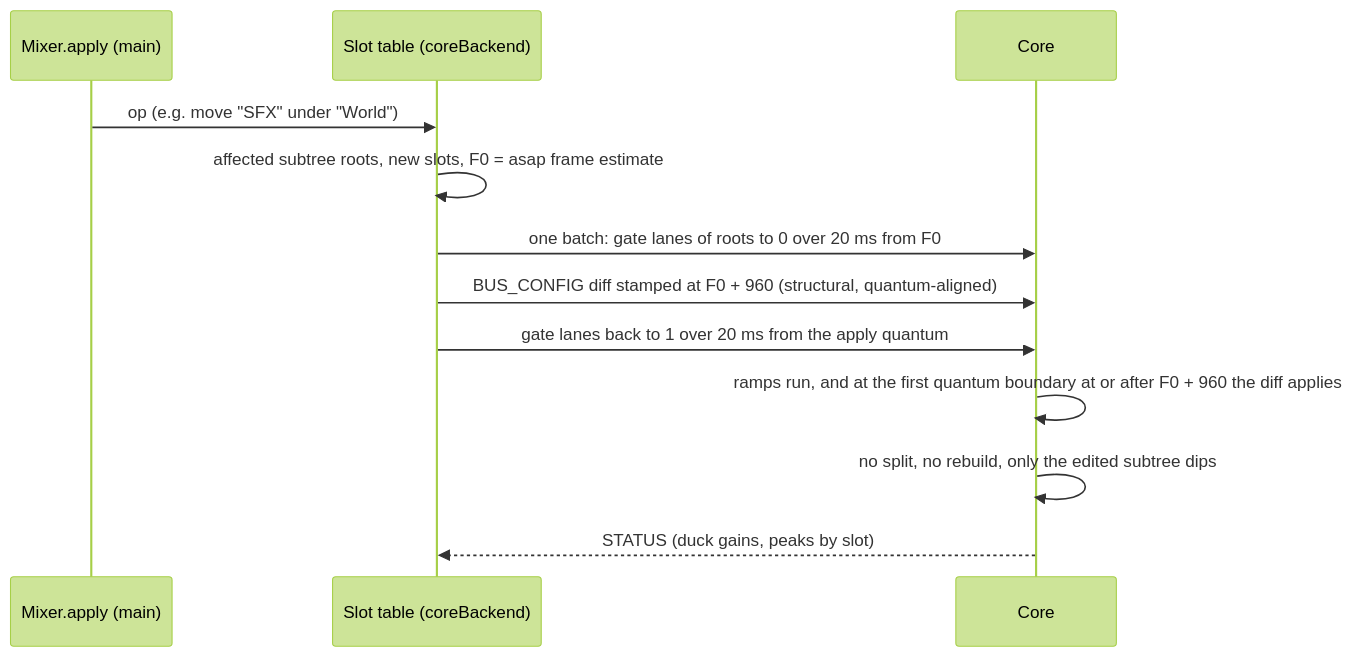
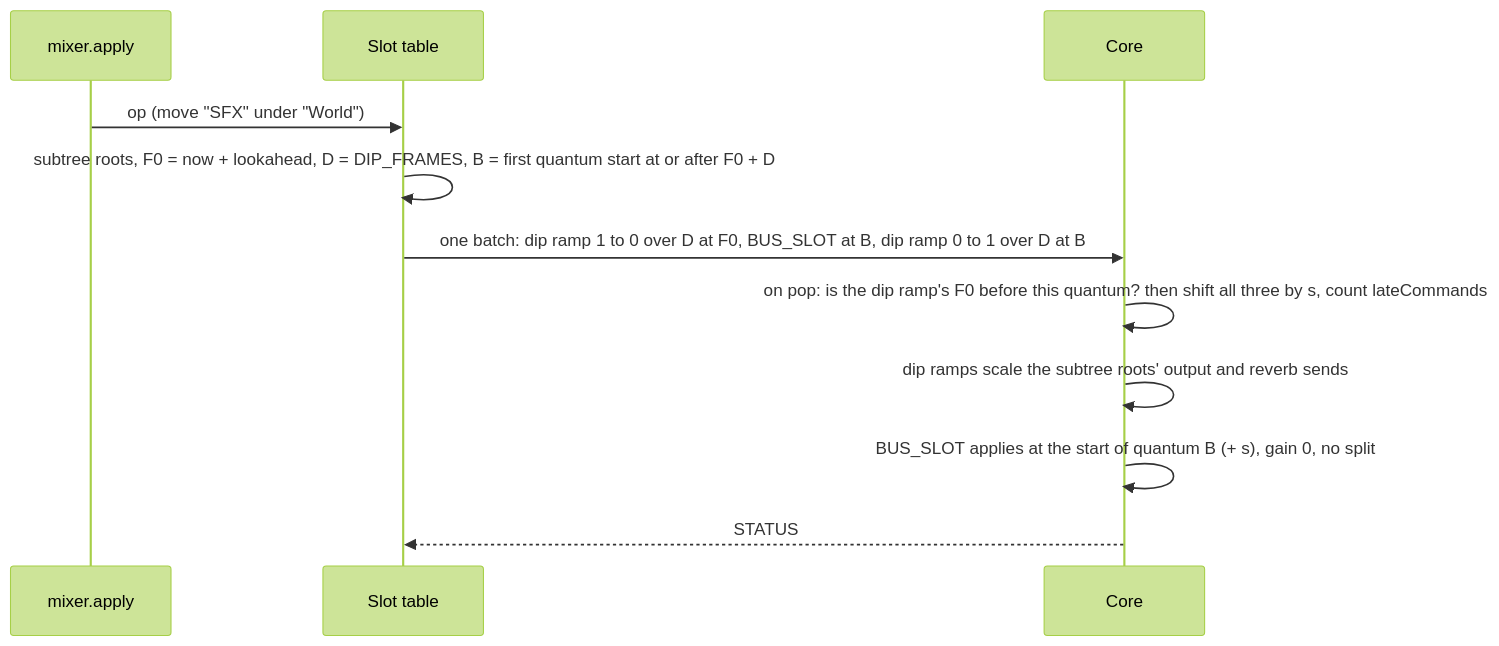
Before and after one commit to doughtnerd/TranquilityEngine: the seventh of 10 diagrams in docs/design/0171-audio-mix/architecture.md, drawn with Mermaid (forest theme). The commit also changed other lines of this file and 1 other file, not shown here.

First line of the commit message:
M5 design: architecture and contracts revision 2 (rulings R1-R25, resolutions of the senior's review)

````diff
--- a/docs/design/0171-audio-mix/architecture.md
+++ b/docs/design/0171-audio-mix/architecture.md
@@ -205,14 +219,13 @@
 ```mermaid
 sequenceDiagram
-  participant X as Mixer.apply (main)
-  participant T as Slot table (coreBackend)
+  participant X as mixer.apply
+  participant T as Slot table
   participant K as Core
-  X->>T: op (e.g. move "SFX" under "World")
-  T->>T: affected subtree roots, new slots, F0 = asap frame estimate
-  T->>K: one batch: gate lanes of roots to 0 over 20 ms from F0
-  T->>K: BUS_CONFIG diff stamped at F0 + 960 (structural, quantum-aligned)
-  T->>K: gate lanes back to 1 over 20 ms from the apply quantum
-  K->>K: ramps run, and at the first quantum boundary at or after F0 + 960 the diff applies
-  K->>K: no split, no rebuild, only the edited subtree dips
-  K-->>T: STATUS (duck gains, peaks by slot)
+  X->>T: op (move "SFX" under "World")
+  T->>T: subtree roots, F0 = now + lookahead, D = DIP_FRAMES, B = first quantum start at or after F0 + D
+  T->>K: one batch: dip ramp 1 to 0 over D at F0, BUS_SLOT at B, dip ramp 0 to 1 over D at B
+  K->>K: on pop: is the dip ramp's F0 before this quantum? then shift all three by s, count lateCommands
+  K->>K: dip ramps scale the subtree roots' output and reverb sends
+  K->>K: BUS_SLOT applies at the start of quantum B (+ s), gain 0, no split
+  K-->>T: STATUS
 ```
````
